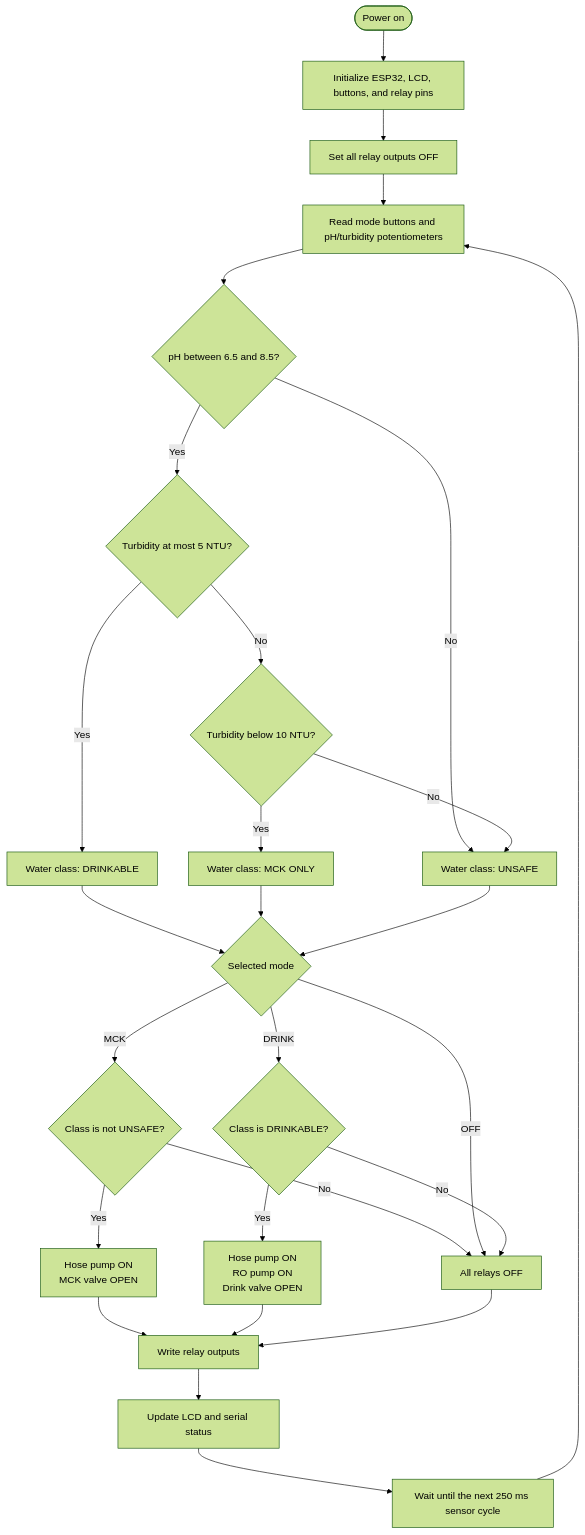
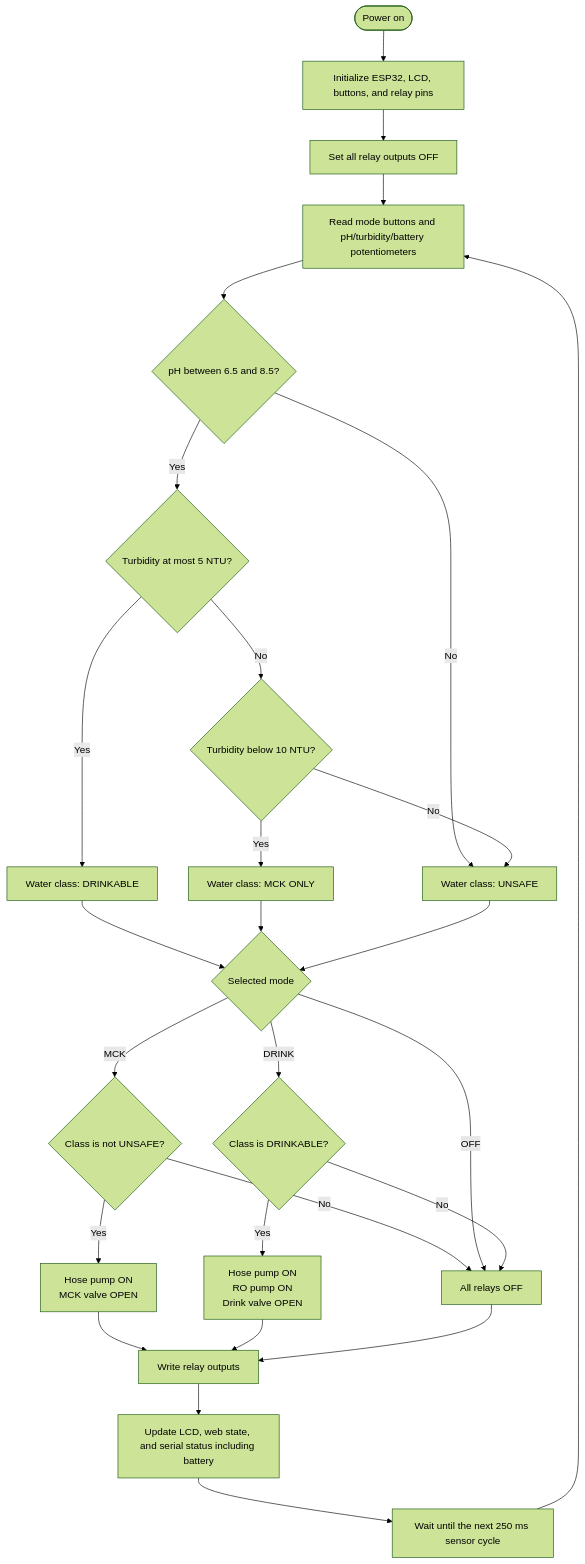
Before and after one commit to AlexanderChristhian/O.A.S.I.S: the first of 2 diagrams in O.A.S.I.S/README.md, drawn with Mermaid (forest theme). The commit also changed other lines of this file and 3 other files, not shown here.

````diff
--- a/O.A.S.I.S/README.md
+++ b/O.A.S.I.S/README.md
@@ -70,35 +80,35 @@
 ```mermaid
 flowchart TD
     START([Power on]) --> INIT[Initialize ESP32, LCD, buttons, and relay pins]
     INIT --> SAFE[Set all relay outputs OFF]
-    SAFE --> INPUTS[Read mode buttons and pH/turbidity potentiometers]
+    SAFE --> INPUTS[Read mode buttons and pH/turbidity/battery potentiometers]
 
     INPUTS --> PH{"pH between 6.5 and 8.5?"}
     PH -- No --> UNSAFE[Water class: UNSAFE]
     PH -- Yes --> DRINK_NTU{"Turbidity at most 5 NTU?"}
     DRINK_NTU -- Yes --> DRINKABLE[Water class: DRINKABLE]
     DRINK_NTU -- No --> MCK_NTU{"Turbidity below 10 NTU?"}
     MCK_NTU -- Yes --> MCK_ONLY[Water class: MCK ONLY]
     MCK_NTU -- No --> UNSAFE
 
     DRINKABLE --> MODE{Selected mode}
     MCK_ONLY --> MODE
     UNSAFE --> MODE
 
     MODE -- MCK --> MCK_OK{"Class is not UNSAFE?"}
     MCK_OK -- Yes --> MCK_ROUTE[Hose pump ON<br/>MCK valve OPEN]
     MCK_OK -- No --> BLOCKED[All relays OFF]
 
     MODE -- OFF --> BLOCKED
 
     MODE -- DRINK --> DRINK_OK{"Class is DRINKABLE?"}
     DRINK_OK -- Yes --> DRINK_ROUTE[Hose pump ON<br/>RO pump ON<br/>Drink valve OPEN]
     DRINK_OK -- No --> BLOCKED
 
     MCK_ROUTE --> APPLY[Write relay outputs]
     DRINK_ROUTE --> APPLY
     BLOCKED --> APPLY
-    APPLY --> DISPLAY[Update LCD and serial status]
+    APPLY --> DISPLAY[Update LCD, web state, and serial status including battery]
     DISPLAY --> WAIT[Wait until the next 250 ms sensor cycle]
     WAIT --> INPUTS
 ```
````
